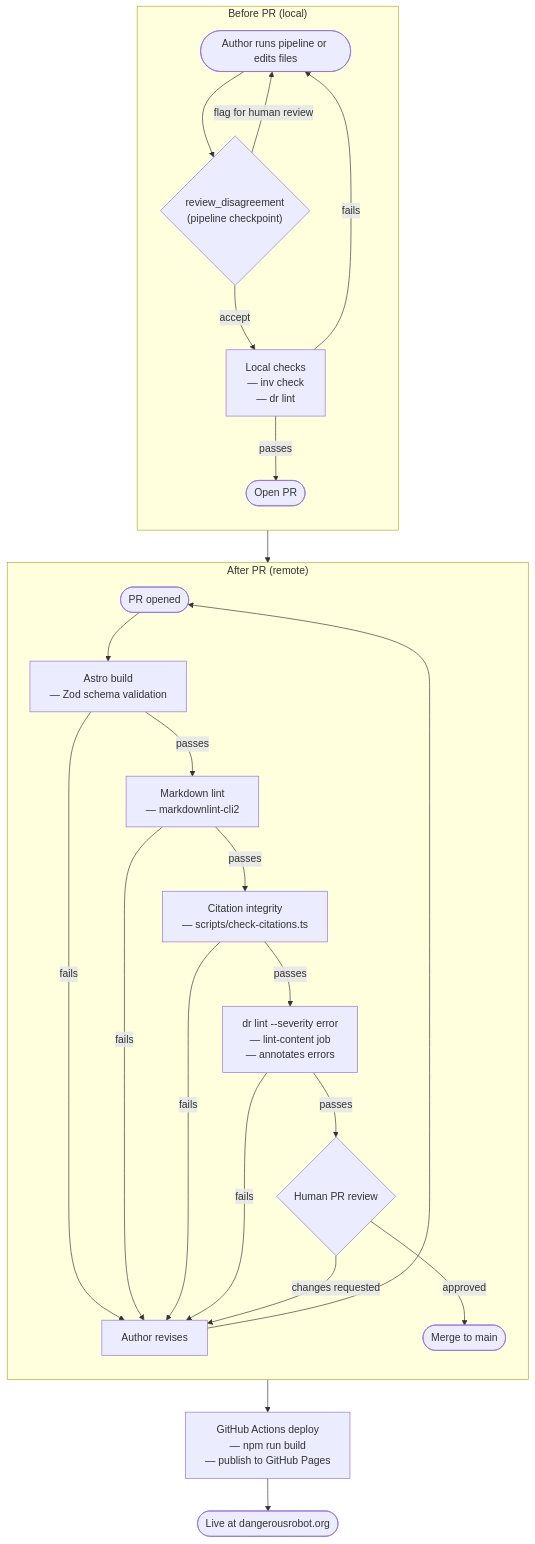
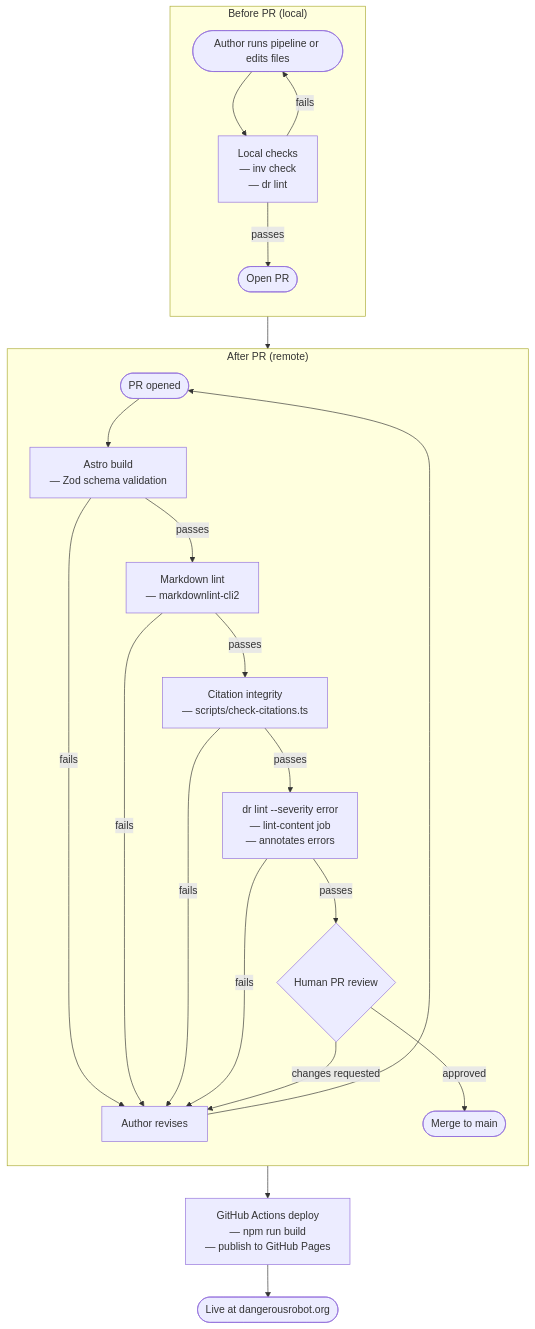
One commit to dangerous-robot/site changed the fifth of 6 diagrams in docs/architecture/research-flow.md. Above: the diagram before and after it, drawn with Mermaid. The commit also changed other lines of this file and 67 other files, not shown here.

````diff
--- a/docs/architecture/research-flow.md
+++ b/docs/architecture/research-flow.md
@@ -156,49 +157,45 @@
 ```mermaid
 flowchart TD
     subgraph before ["Before PR (local)"]
         direction TB
-        START([Author runs pipeline or edits files]) --> PG2
-        PG2{"review_disagreement
-        (pipeline checkpoint)"}
-        PG2 -->|flag for human review| START
-        PG2 -->|accept| LOCAL
+        START([Author runs pipeline or edits files]) --> LOCAL
         LOCAL["Local checks
         — inv check
         — dr lint"]
         LOCAL -->|fails| START
         LOCAL -->|passes| OPEN([Open PR])
     end
 
     OPEN --> AFTER_ENTRY
 
     subgraph after ["After PR (remote)"]
         direction TB
         AFTER_ENTRY([PR opened]) --> CI1
         CI1["Astro build
         — Zod schema validation"]
         CI1 -->|fails| REWORK[Author revises]
         CI1 -->|passes| CI2
         CI2["Markdown lint
         — markdownlint-cli2"]
         CI2 -->|fails| REWORK
         CI2 -->|passes| CI3
         CI3["Citation integrity
         — scripts/check-citations.ts"]
         CI3 -->|fails| REWORK
         CI3 -->|passes| CI4
         CI4["dr lint --severity error
         — lint-content job
         — annotates errors"]
         CI4 -->|fails| REWORK
         CI4 -->|passes| REV
         REV{Human PR review}
         REV -->|changes requested| REWORK
         REV -->|approved| MERGE([Merge to main])
         REWORK --> AFTER_ENTRY
     end
 
     MERGE --> DEPLOY["GitHub Actions deploy
     — npm run build
     — publish to GitHub Pages"]
     DEPLOY --> LIVE([Live at dangerousrobot.org])
 ```
````
